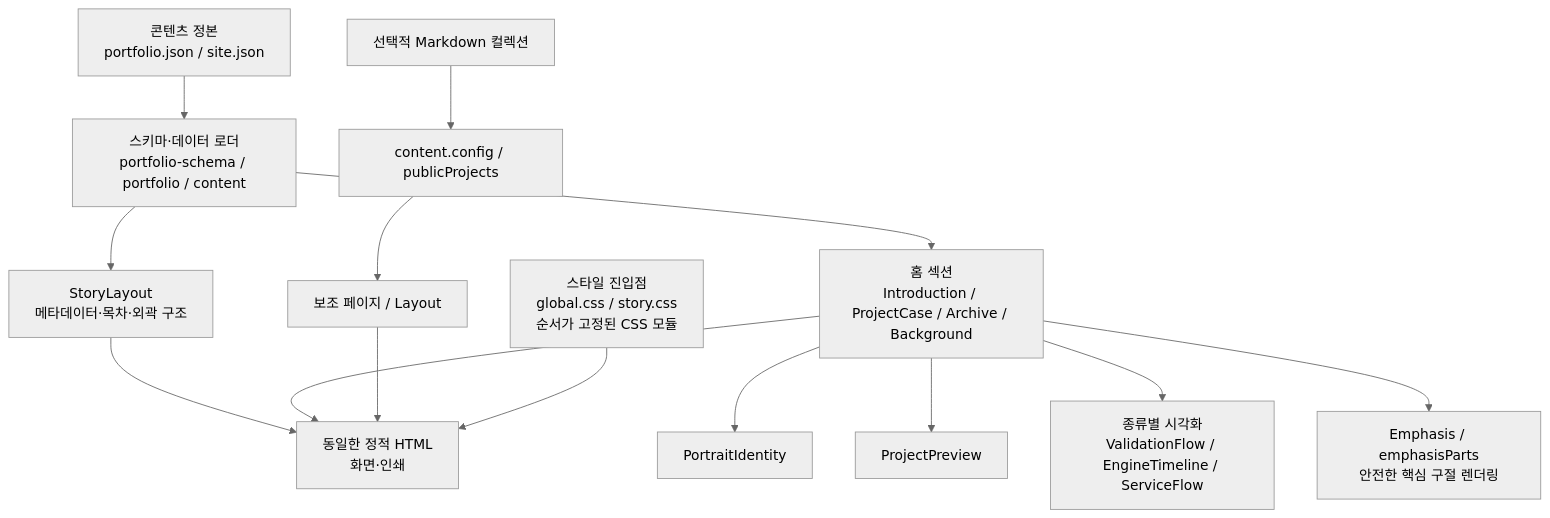
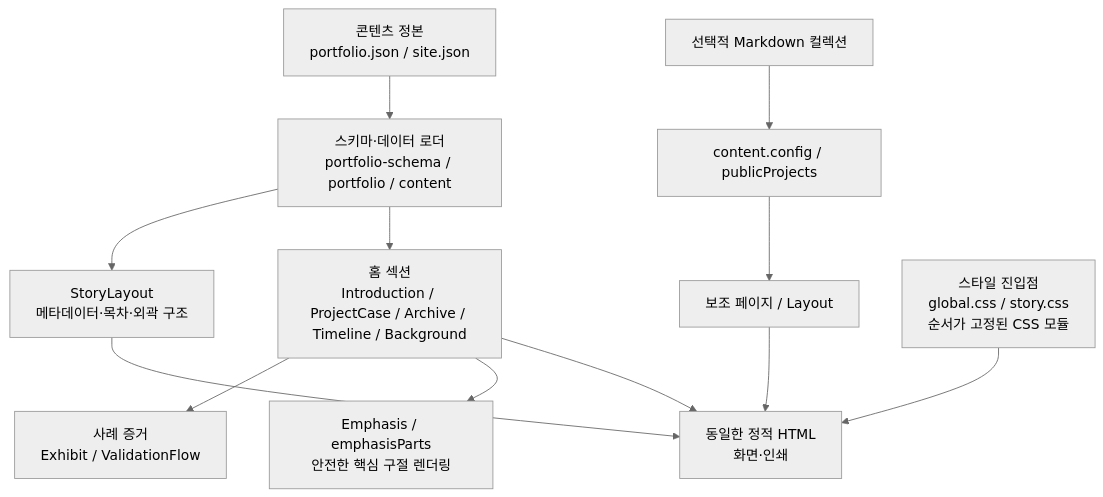
The first of 2 diagrams in docs/architecture/03-components.md (pollux-o4/itIsMe), drawn with Mermaid (neutral theme) before and after one commit. The commit also changed other lines of this file and 84 other files, not shown here.

````diff
--- a/docs/architecture/03-components.md
+++ b/docs/architecture/03-components.md
@@ -5,16 +5,14 @@
 ```mermaid
 flowchart TB
   json["콘텐츠 정본<br/>portfolio.json / site.json"] --> data["스키마·데이터 로더<br/>portfolio-schema / portfolio / content"]
   markdown["선택적 Markdown 컬렉션"] --> collection["content.config / publicProjects"]
   data --> shell["StoryLayout<br/>메타데이터·목차·외곽 구조"]
-  data --> sections["홈 섹션<br/>Introduction / ProjectCase / Archive / Background"]
-  sections --> portrait["PortraitIdentity"]
-  sections --> preview["ProjectPreview"]
-  sections --> visuals["종류별 시각화<br/>ValidationFlow / EngineTimeline / ServiceFlow"]
+  data --> sections["홈 섹션<br/>Introduction / ProjectCase / Archive / Timeline / Background"]
+  sections --> visuals["사례 증거<br/>Exhibit / ValidationFlow"]
   sections --> emphasis["Emphasis / emphasisParts<br/>안전한 핵심 구절 렌더링"]
   shell --> html["동일한 정적 HTML<br/>화면·인쇄"]
   sections --> html
   collection --> auxiliary["보조 페이지 / Layout"]
   auxiliary --> html
   styles["스타일 진입점<br/>global.css / story.css<br/>순서가 고정된 CSS 모듈"] --> html
 ```
````
